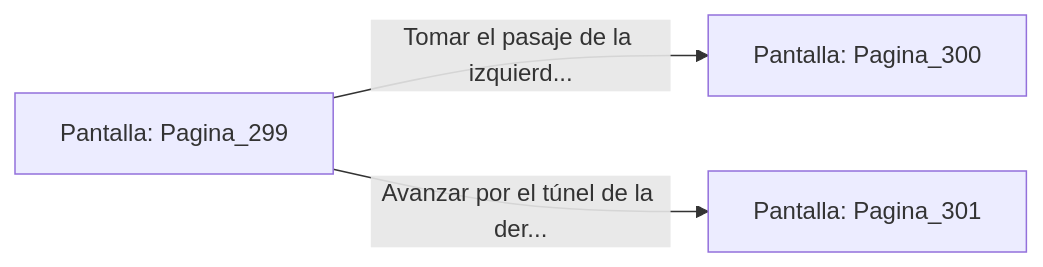
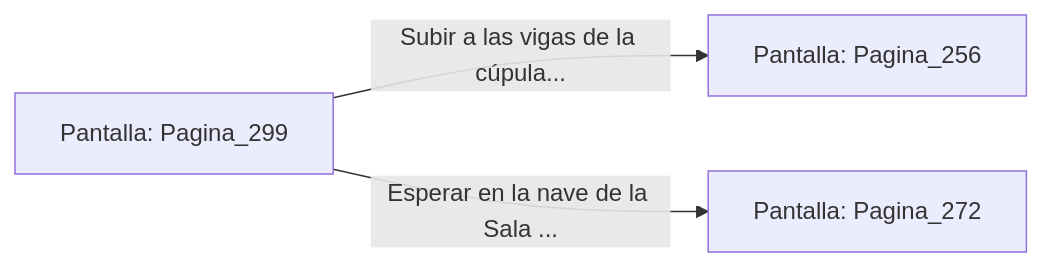
Before and after one commit to metsuke/mpl: the diagram in sample/eligejuego-vault/Pantalla_Pagina_299.md, drawn with Mermaid. The commit also changed other lines of this file and 635 other files, not shown here.

First line of the commit message:
fix: añadir Pagina_1 como pantalla inicial en capitulo_01.mpl

````diff
--- a/sample/eligejuego-vault/Pantalla_Pagina_299.md
+++ b/sample/eligejuego-vault/Pantalla_Pagina_299.md
@@ -20,6 +24,6 @@
 ```mermaid
 graph LR
     P_Pagina_299["Pantalla: Pagina_299"]
-    P_Pagina_299 -->|"Tomar el pasaje de la izquierd..."| P_Pagina_300["Pantalla: Pagina_300"]
-    P_Pagina_299 -->|"Avanzar por el túnel de la der..."| P_Pagina_301["Pantalla: Pagina_301"]
+    P_Pagina_299 -->|"Subir a las vigas de la cúpula..."| P_Pagina_256["Pantalla: Pagina_256"]
+    P_Pagina_299 -->|"Esperar en la nave de la Sala ..."| P_Pagina_272["Pantalla: Pagina_272"]
 ```
````
